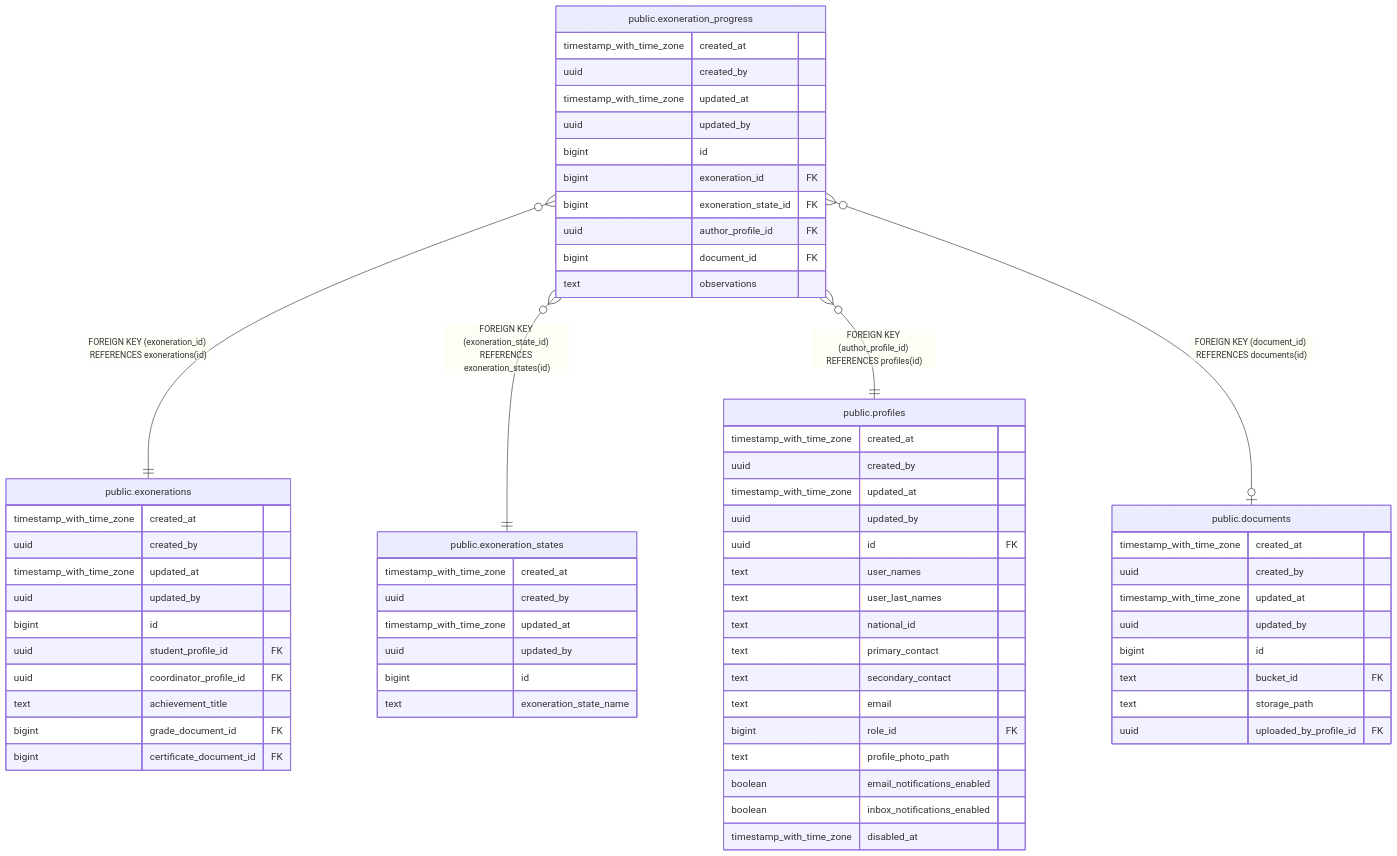
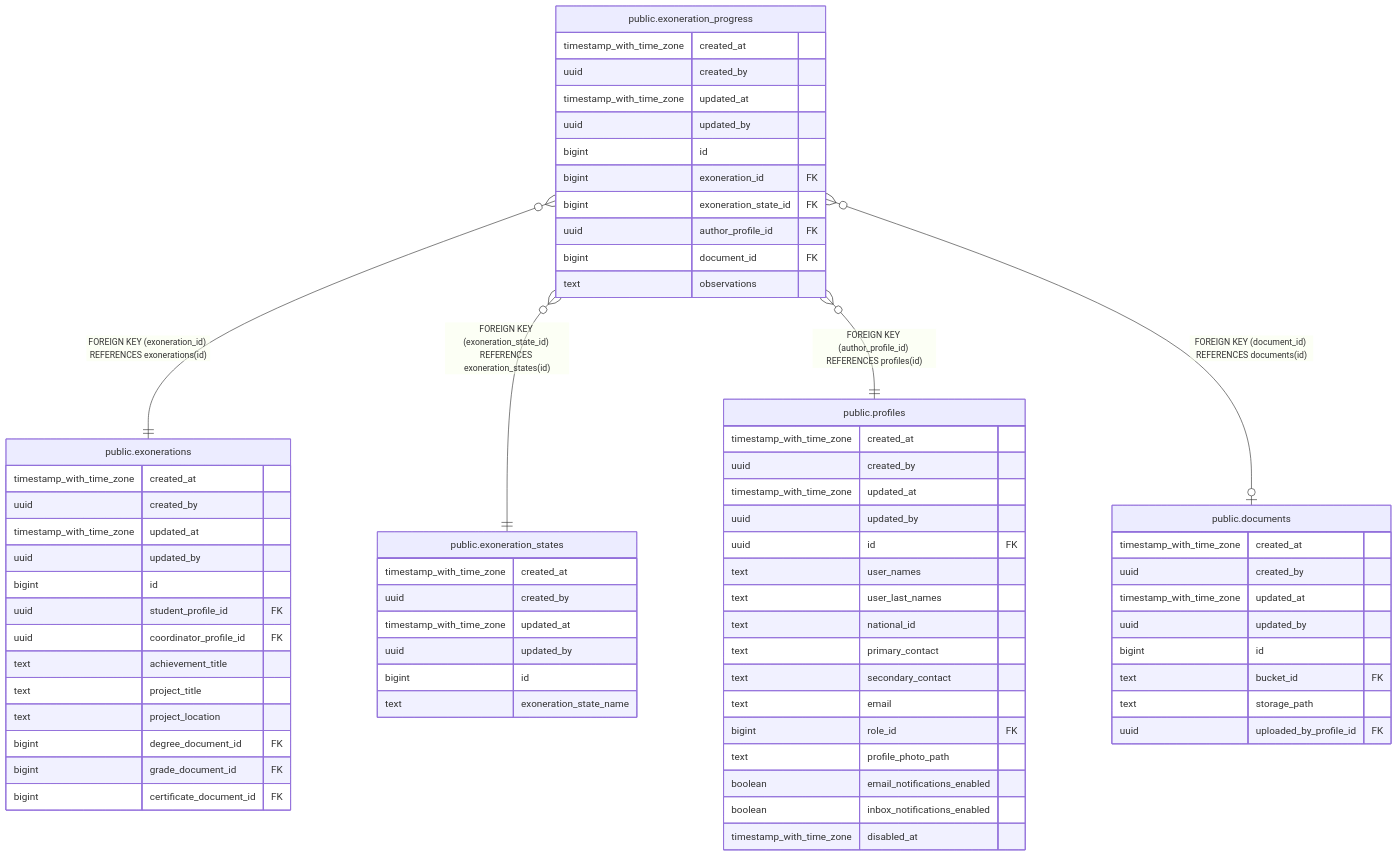
One commit to icristianhernandez/academic-service-backend changed the diagram in docs/db/tbls/public.exoneration_progress.md. Above: the diagram before and after it, drawn with Mermaid. The commit also changed 13 other files, not shown here.

````diff
--- a/docs/db/tbls/public.exoneration_progress.md
+++ b/docs/db/tbls/public.exoneration_progress.md
@@ -48,69 +48,72 @@
 ```mermaid
 erDiagram
 
 "public.exoneration_progress" }o--|| "public.exonerations" : "FOREIGN KEY (exoneration_id) REFERENCES exonerations(id)"
 "public.exoneration_progress" }o--|| "public.exoneration_states" : "FOREIGN KEY (exoneration_state_id) REFERENCES exoneration_states(id)"
 "public.exoneration_progress" }o--|| "public.profiles" : "FOREIGN KEY (author_profile_id) REFERENCES profiles(id)"
 "public.exoneration_progress" }o--o| "public.documents" : "FOREIGN KEY (document_id) REFERENCES documents(id)"
 
 "public.exoneration_progress" {
   timestamp_with_time_zone created_at ""
   uuid created_by ""
   timestamp_with_time_zone updated_at ""
   uuid updated_by ""
   bigint id ""
   bigint exoneration_id FK ""
   bigint exoneration_state_id FK ""
   uuid author_profile_id FK ""
   bigint document_id FK ""
   text observations ""
 }
 "public.exonerations" {
   timestamp_with_time_zone created_at ""
   uuid created_by ""
   timestamp_with_time_zone updated_at ""
   uuid updated_by ""
   bigint id ""
   uuid student_profile_id FK ""
   uuid coordinator_profile_id FK ""
   text achievement_title ""
+  text project_title ""
+  text project_location ""
+  bigint degree_document_id FK ""
   bigint grade_document_id FK ""
   bigint certificate_document_id FK ""
 }
 "public.exoneration_states" {
   timestamp_with_time_zone created_at ""
   uuid created_by ""
   timestamp_with_time_zone updated_at ""
   uuid updated_by ""
   bigint id ""
   text exoneration_state_name ""
 }
 "public.profiles" {
   timestamp_with_time_zone created_at ""
   uuid created_by ""
   timestamp_with_time_zone updated_at ""
   uuid updated_by ""
   uuid id FK ""
   text user_names ""
   text user_last_names ""
   text national_id ""
   text primary_contact ""
   text secondary_contact ""
   text email ""
   bigint role_id FK ""
   text profile_photo_path ""
   boolean email_notifications_enabled ""
   boolean inbox_notifications_enabled ""
   timestamp_with_time_zone disabled_at ""
 }
 "public.documents" {
   timestamp_with_time_zone created_at ""
   uuid created_by ""
   timestamp_with_time_zone updated_at ""
   uuid updated_by ""
   bigint id ""
   text bucket_id FK ""
   text storage_path ""
   uuid uploaded_by_profile_id FK ""
 }
 ```
````
